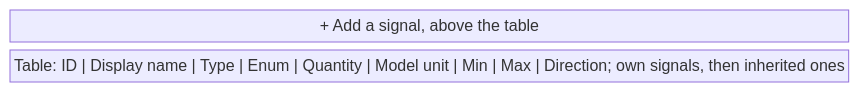
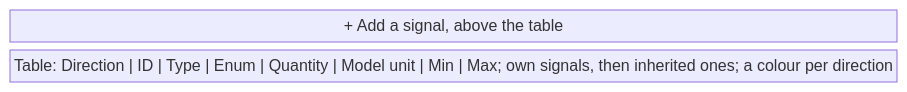
Before and after one commit to AlexandreGallais/synoptic-studio-spec: the fifth of 14 diagrams in screens/metadata.md, drawn with Mermaid. The commit also changed other lines of this file and 11 other files, not shown here.

````diff
--- a/screens/metadata.md
+++ b/screens/metadata.md
@@ -153,6 +153,6 @@
 ```mermaid
 block-beta
     columns 1
     add["+ Add a signal, above the table"]
-    table["Table: ID | Display name | Type | Enum | Quantity | Model unit | Min | Max | Direction; own signals, then inherited ones"]
+    table["Table: Direction | ID | Type | Enum | Quantity | Model unit | Min | Max; own signals, then inherited ones; a colour per direction"]
 ```
````
